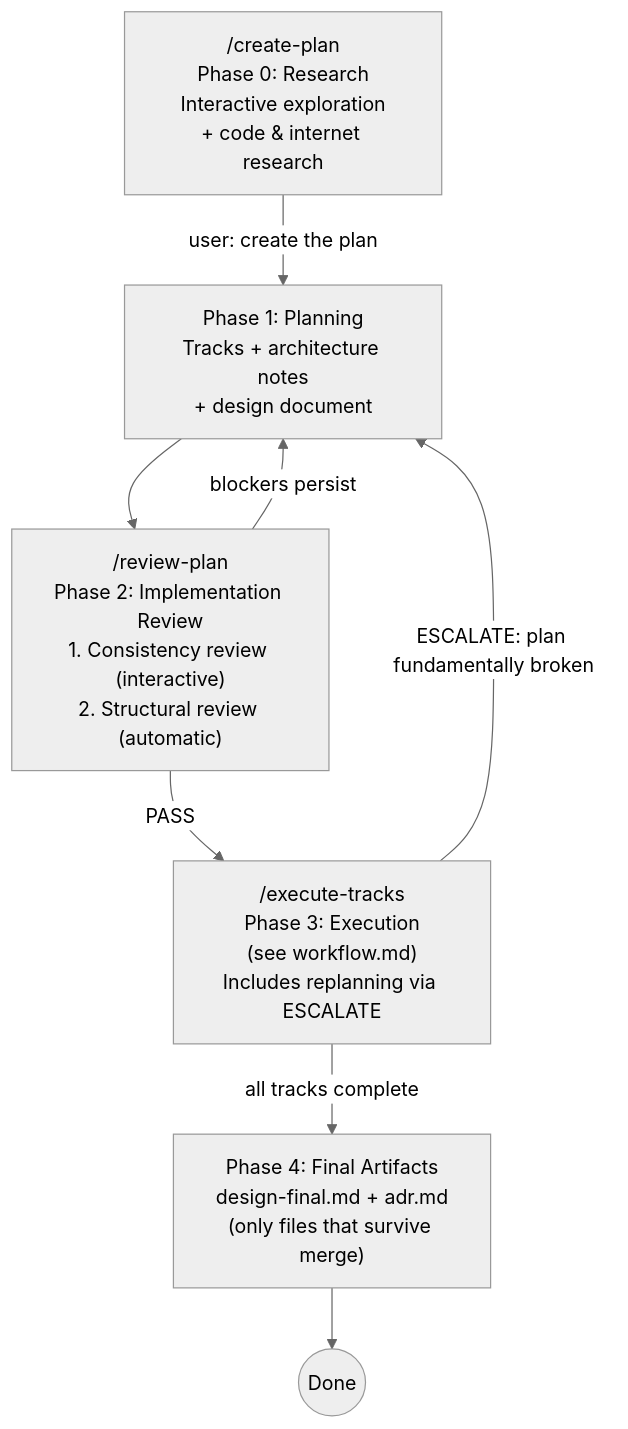
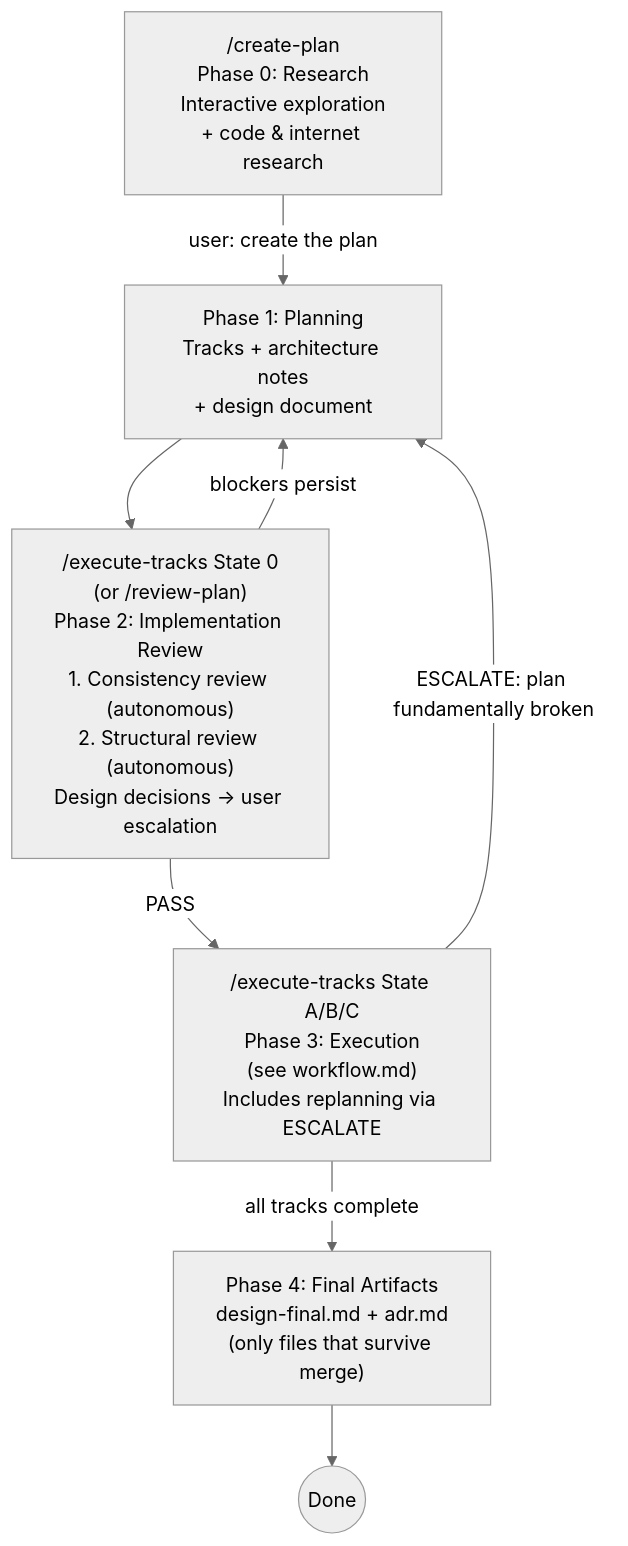
Before and after one commit to JetBrains/youtrackdb: the diagram in .claude/workflow/planning.md, drawn with Mermaid (neutral theme). The commit also changed other lines of this file and 12 other files, not shown here.

````diff
--- a/.claude/workflow/planning.md
+++ b/.claude/workflow/planning.md
@@ -23,17 +26,17 @@
 ```mermaid
 flowchart TD
     P0["/create-plan\nPhase 0: Research\nInteractive exploration\n+ code & internet research"]
     P1["Phase 1: Planning\nTracks + architecture notes\n+ design document"]
-    P2["/review-plan\nPhase 2: Implementation Review\n1. Consistency review (interactive)\n2. Structural review (automatic)"]
-    P3["/execute-tracks\nPhase 3: Execution\n(see workflow.md)\nIncludes replanning via ESCALATE"]
+    P2["/execute-tracks State 0\n(or /review-plan)\nPhase 2: Implementation Review\n1. Consistency review (autonomous)\n2. Structural review (autonomous)\nDesign decisions → user escalation"]
+    P3["/execute-tracks State A/B/C\nPhase 3: Execution\n(see workflow.md)\nIncludes replanning via ESCALATE"]
     P4["Phase 4: Final Artifacts\ndesign-final.md + adr.md\n(only files that survive merge)"]
     DONE((Done))
 
     P0 -->|"user: create the plan"| P1
     P1 --> P2
     P2 -->|PASS| P3
     P2 -->|blockers persist| P1
     P3 -->|all tracks complete| P4
     P3 -->|ESCALATE: plan fundamentally broken| P1
     P4 --> DONE
 ```
````
